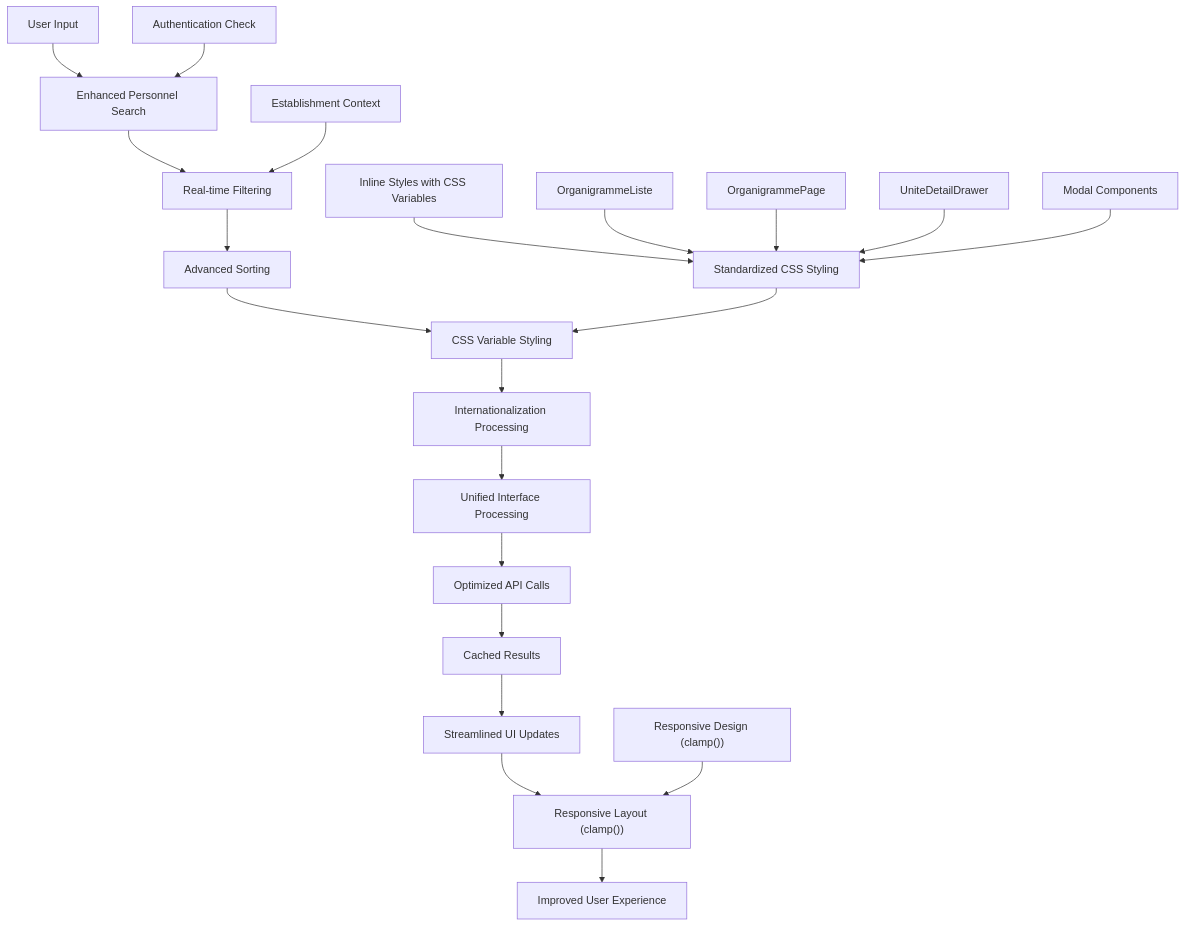
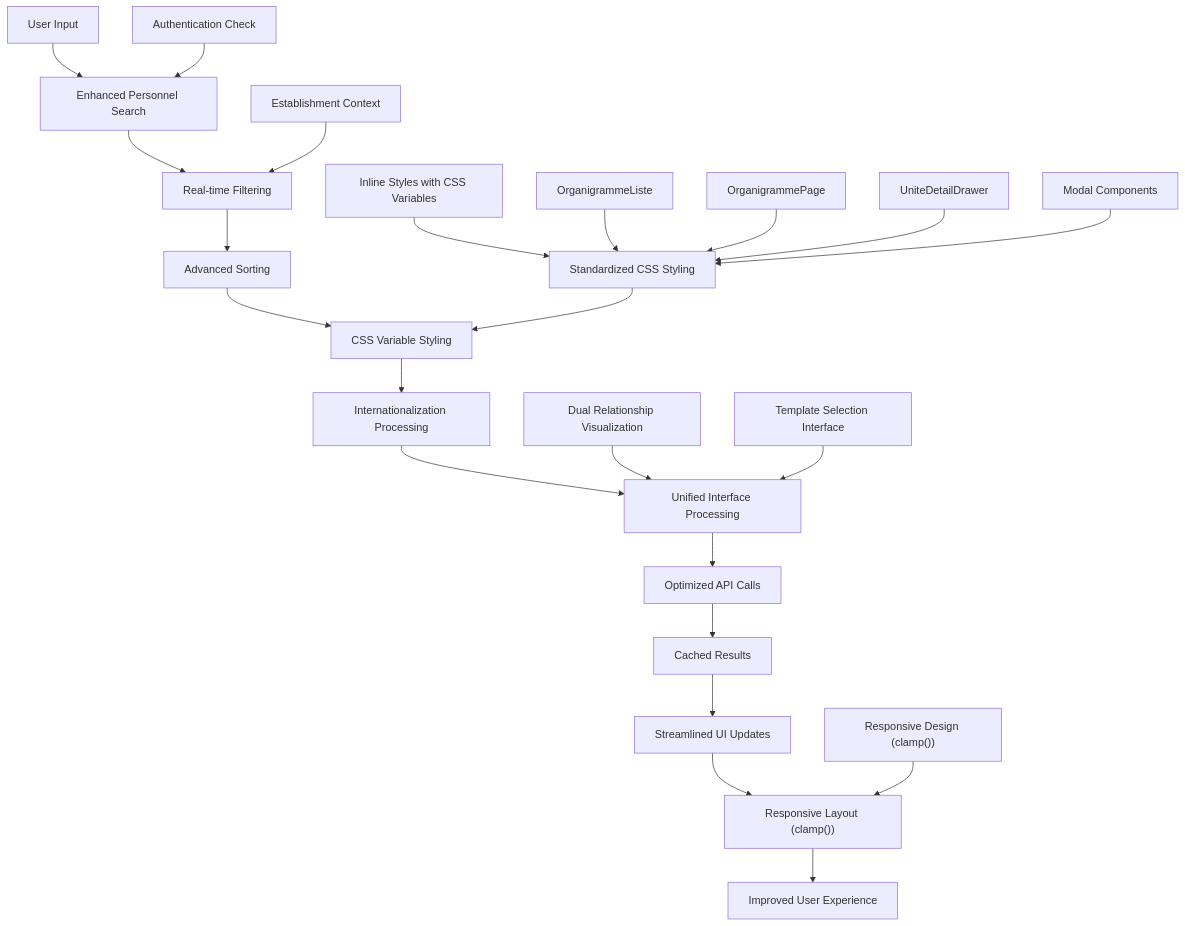
One commit to franckylab/eLISAschool changed the tenth of 12 diagrams in .qoder/repowiki/en/content/Human Resources Management/Personnel Administration/Organizational Structure.md. Above: the diagram before and after it, drawn with Mermaid. The commit also changed other lines of this file and 21 other files, not shown here.

````diff
--- a/.qoder/repowiki/en/content/Human Resources Management/Personnel Administration/Organizational Structure.md
+++ b/.qoder/repowiki/en/content/Human Resources Management/Personnel Administration/Organizational Structure.md
@@ -510,23 +680,25 @@
 ```mermaid
 flowchart TD
 A["User Input"] --> B["Enhanced Personnel Search"]
 B --> C["Real-time Filtering"]
 C --> D["Advanced Sorting"]
 D --> E["CSS Variable Styling"]
 E --> F["Internationalization Processing"]
 F --> G["Unified Interface Processing"]
 G --> H["Optimized API Calls"]
 H --> I["Cached Results"]
 I --> J["Streamlined UI Updates"]
 J --> K["Responsive Layout (clamp())"]
 K --> L["Improved User Experience"]
 M["Authentication Check"] --> B
 N["Establishment Context"] --> C
 O["Standardized CSS Styling"] --> E
 P["Inline Styles with CSS Variables"] --> O
 Q["Responsive Design (clamp())"] --> K
 R["OrganigrammeListe"] --> O
 S["OrganigrammePage"] --> O
 T["UniteDetailDrawer"] --> O
 U["Modal Components"] --> O
+V["Dual Relationship Visualization"] --> G
+W["Template Selection Interface"] --> G
 ```
````
